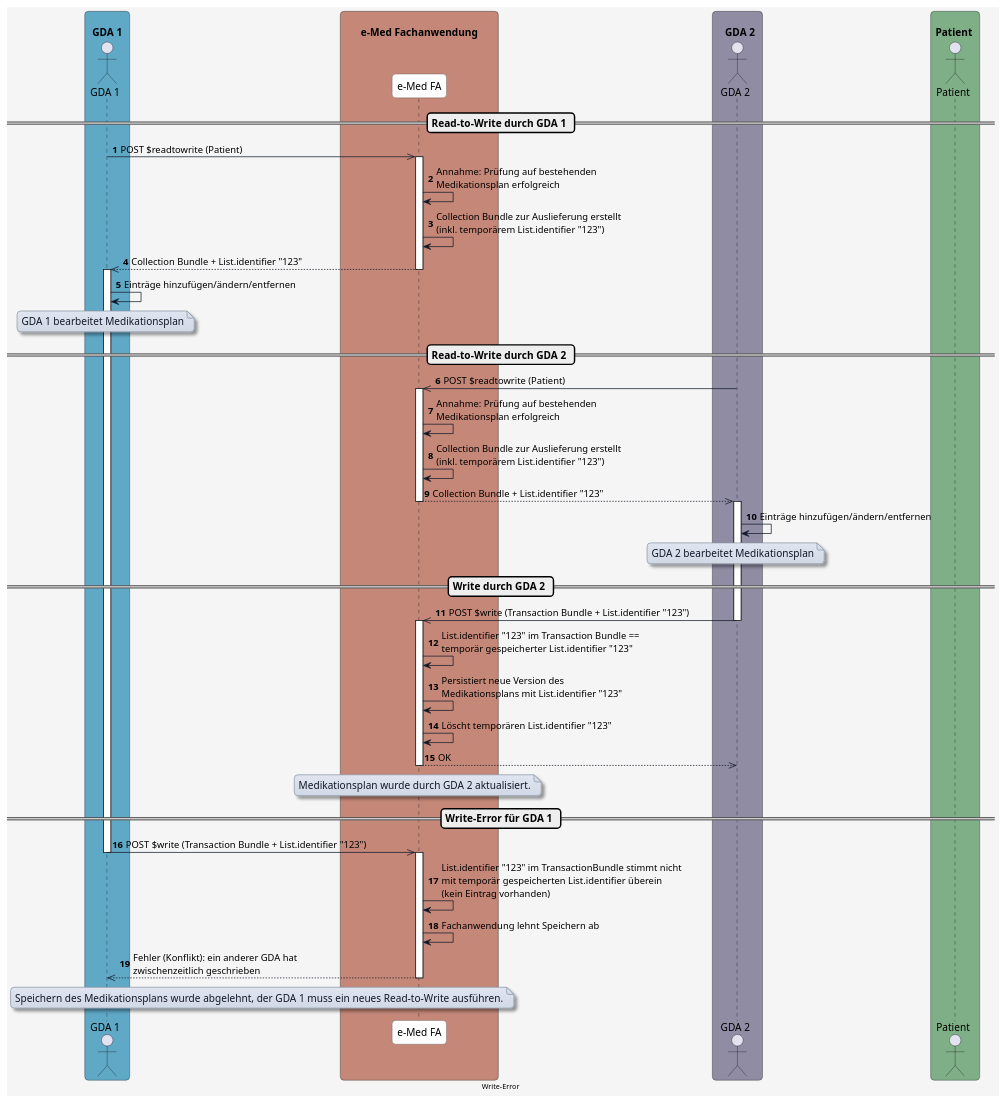
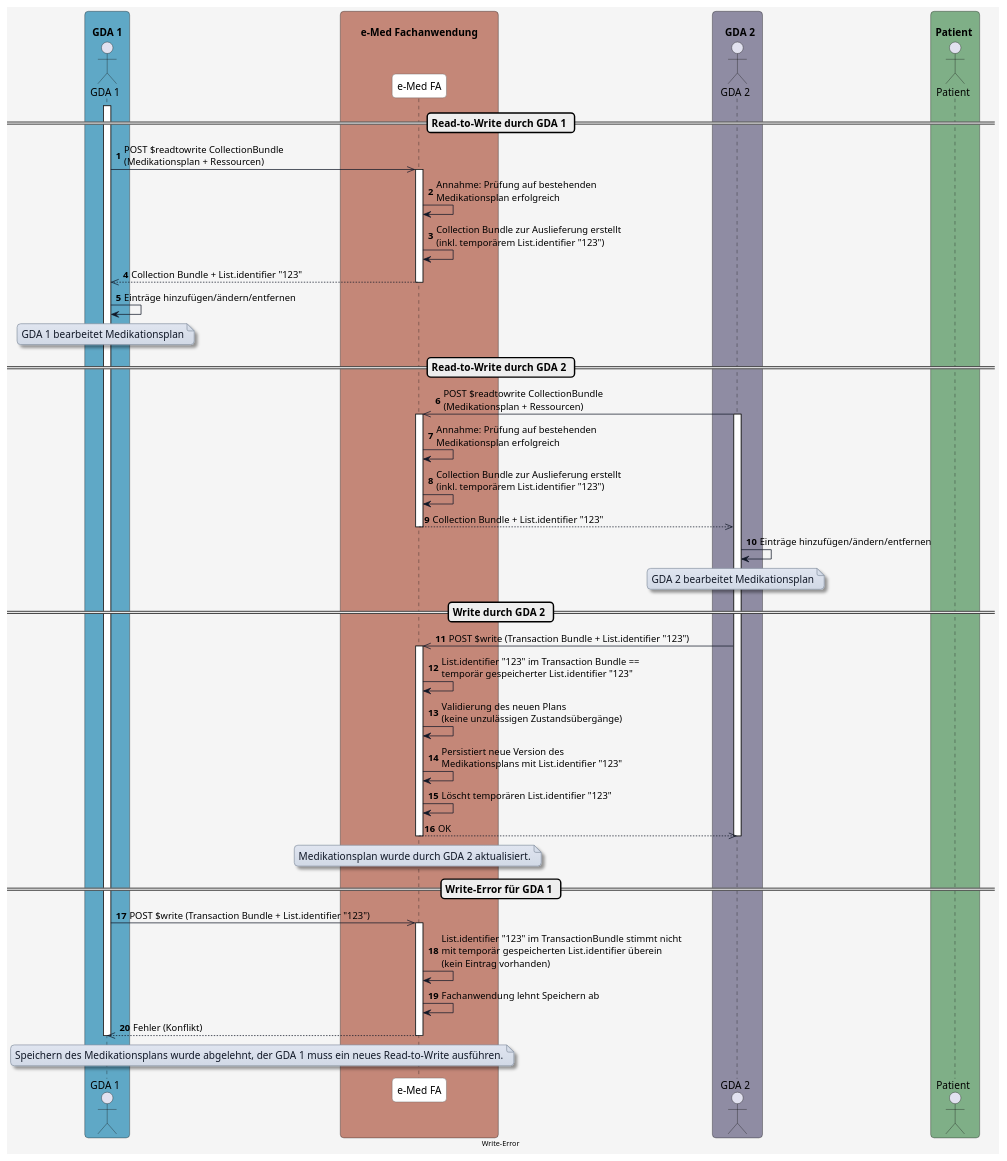
Before and after one commit to HL7Austria/ELGA-e-Medikation-R4: the diagram in input/images-source/diagram_write_error.plantuml, drawn with PlantUML. The commit also changed 2 other files, not shown here.

```diff
--- a/input/images-source/diagram_write_error.plantuml
+++ b/input/images-source/diagram_write_error.plantuml
@@ -1,132 +1,131 @@
 @startuml
 skinparam borderColor #000000
 skinparam backgroundColor #f5f5f5
 skinparam shadowing false
 skinparam roundCorner 10
 skinparam defaultFontName "Arial"
 skinparam defaultFontSize 14
 skinparam defaultFontColor #000000
 
 skinparam note {
   BackgroundColor #e0e5f0-#d1d9e6
   BorderColor #8b95a5
   BorderThickness 1
   RoundCorner 8
   Padding 6
   FontColor #111827
   Shadowing true
 }
 
 skinparam HyperlinkColor #0000EE
 skinparam HyperlinkUnderline false
 
 skinparam sequence {
   ParticipantBorderColor #555555
   ParticipantBackgroundColor #ffffff
   ParticipantFontColor #000000
   ParticipantFontSize 14
   ParticipantPadding 20
   ArrowColor #111827
   ArrowThickness 1
   ArrowFontColor #000000
   ArrowFontSize 13
   GroupBorderColor #111827
   GroupBackgroundColor #eef2ff
   GroupBorderThickness 2
 }
 
 skinparam BoxPadding 20
 skinparam BoxBorderColor #555555
 
 box "\n  GDA 1  " #5FA8C6
   actor GDA_1 as "GDA 1"
 end box
 
 box "\n       e-Med Fachanwendung       " #C48778
   participant eMed_FA as "e-Med FA"
 end box
 
 box "\n    GDA 2  " #8F8CA3
   actor GDA_2 as "GDA 2"
 end box
 
 box "\n Patient  " #7FAF87
   actor Patient as "Patient"
 end box
 
 
 autonumber
 
  
 == Read-to-Write durch GDA 1 ==
-
-GDA_1 ->> eMed_FA: POST $readtowrite (Patient)
+activate GDA_1
+GDA_1 ->> eMed_FA: POST $readtowrite CollectionBundle\n(Medikationsplan + Ressourcen)
 
 activate eMed_FA
 eMed_FA -> eMed_FA: Annahme: Prüfung auf bestehenden\nMedikationsplan erfolgreich
 eMed_FA -> eMed_FA: Collection Bundle zur Auslieferung erstellt\n(inkl. temporärem List.identifier "123")
 
 eMed_FA -->> GDA_1: Collection Bundle + List.identifier "123"
 deactivate eMed_FA
 
-activate GDA_1
 GDA_1 -> GDA_1: Einträge hinzufügen/ändern/entfernen
 
 note over GDA_1
 GDA 1 bearbeitet Medikationsplan
 end note
 
 == Read-to-Write durch GDA 2 ==
 
-GDA_2 ->> eMed_FA: POST $readtowrite (Patient)
-
+GDA_2 ->> eMed_FA: POST $readtowrite CollectionBundle\n(Medikationsplan + Ressourcen)
+activate GDA_2
 
 activate eMed_FA
 eMed_FA -> eMed_FA: Annahme: Prüfung auf bestehenden\nMedikationsplan erfolgreich
 eMed_FA -> eMed_FA: Collection Bundle zur Auslieferung erstellt\n(inkl. temporärem List.identifier "123")
 
 eMed_FA -->> GDA_2: Collection Bundle + List.identifier "123"
 deactivate eMed_FA
 
-activate GDA_2
 GDA_2 -> GDA_2: Einträge hinzufügen/ändern/entfernen
 
 note over GDA_2
 GDA 2 bearbeitet Medikationsplan
 end note
 
 == Write durch GDA 2 ==
 
 GDA_2 ->> eMed_FA: POST $write (Transaction Bundle + List.identifier "123")
-deactivate GDA_2
 
 activate eMed_FA
 eMed_FA -> eMed_FA: List.identifier "123" im Transaction Bundle ==\ntemporär gespeicherter List.identifier "123"
+eMed_FA -> eMed_FA: Validierung des neuen Plans\n(keine unzulässigen Zustandsübergänge)
 eMed_FA -> eMed_FA: Persistiert neue Version des\nMedikationsplans mit List.identifier "123"
 eMed_FA -> eMed_FA: Löscht temporären List.identifier "123"
 eMed_FA -->> GDA_2: OK 
+deactivate GDA_2
 
 note over eMed_FA
 Medikationsplan wurde durch GDA 2 aktualisiert.
 end note
 
 deactivate eMed_FA
 
 == Write-Error für GDA 1 ==
 
 GDA_1 ->> eMed_FA: POST $write (Transaction Bundle + List.identifier "123")
-deactivate GDA_1
 
 activate eMed_FA
 eMed_FA -> eMed_FA: List.identifier "123" im TransactionBundle stimmt nicht\nmit temporär gespeicherten List.identifier überein\n(kein Eintrag vorhanden)
 eMed_FA -> eMed_FA: Fachanwendung lehnt Speichern ab
-eMed_FA -->> GDA_1: Fehler (Konflikt): ein anderer GDA hat\nzwischenzeitlich geschrieben
+eMed_FA -->> GDA_1: Fehler (Konflikt)
+deactivate GDA_1
 note over eMed_FA, GDA_1
 Speichern des Medikationsplans wurde abgelehnt, der GDA 1 muss ein neues Read-to-Write ausführen.
 end note
 
 deactivate eMed_FA
 
 center footer Write-Error
 
 @enduml
```
